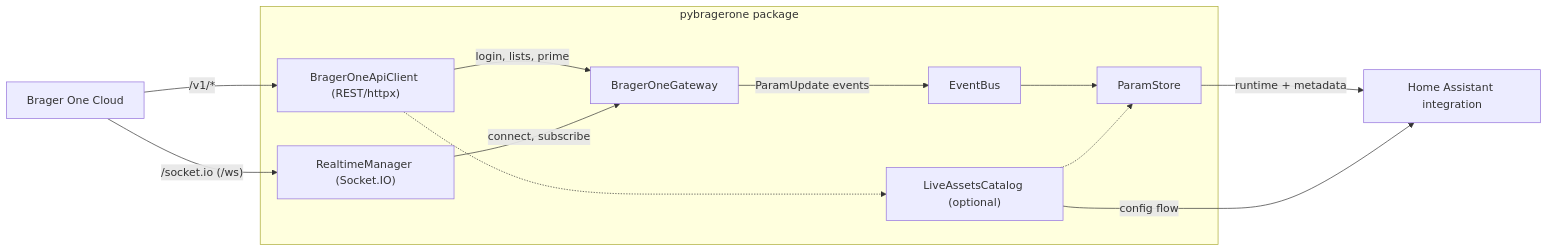
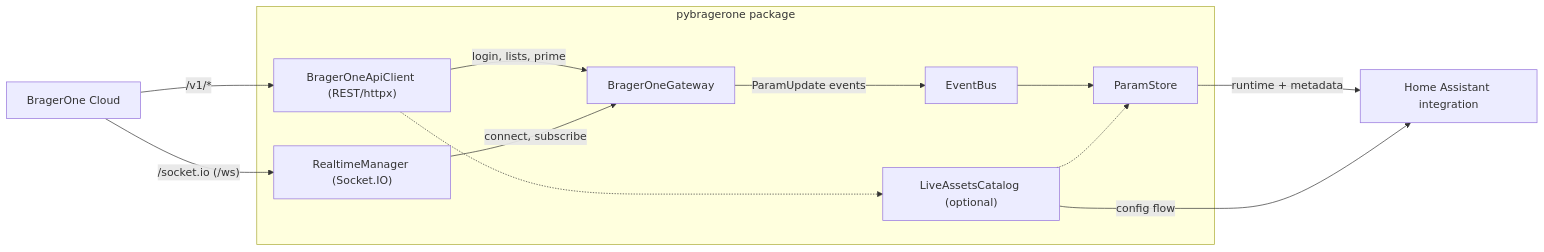
The diagram in docs/README.rst (marpi82/py-bragerone), drawn with Mermaid before and after one commit. The commit also changed other lines of this file and 11 other files, not shown here.

First line of the commit message:
docs: Fix duplicates and standardize 'BragerOne' branding

```diff
--- a/docs/README.rst
+++ b/docs/README.rst
@@ -34,22 +34,22 @@
 .. mermaid::
 
    flowchart LR
      subgraph Client["pybragerone package"]
        API["BragerOneApiClient (REST/httpx)"]
        WS["RealtimeManager (Socket.IO)"]
        GW["BragerOneGateway"]
        BUS["EventBus"]
        PS["ParamStore"]
        CATALOG["LiveAssetsCatalog (optional)"]
        API -- "login, lists, prime" --> GW
        WS -- "connect, subscribe" --> GW
        GW -- "ParamUpdate events" --> BUS
        BUS --> PS
        API -.-> CATALOG
        CATALOG -.-> PS
      end
-     CLOUD["Brager One Cloud"]
+     CLOUD["BragerOne Cloud"]
      CLOUD -- "/v1/*" --> API
      CLOUD -- "/socket.io (/ws)" --> WS
      PS -- "runtime + metadata" --> HA["Home Assistant integration"]
      CATALOG -- "config flow" --> HA
```
